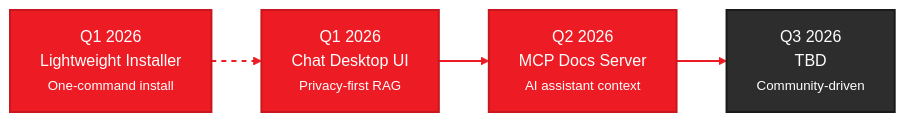
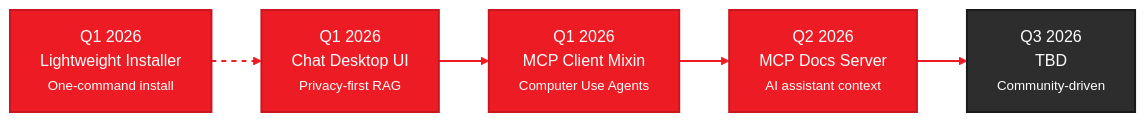
The diagram in docs/roadmap.mdx (amd/gaia), drawn with Mermaid before and after one commit. The commit also changed other lines of this file and 2 other files, not shown here.

Commit message:
MCP Client roadmap

````diff
--- a/docs/roadmap.mdx
+++ b/docs/roadmap.mdx
@@ -28,21 +28,25 @@
 ```mermaid
 %%{init: {'theme':'base', 'themeVariables': { 'primaryColor':'#ED1C24', 'primaryTextColor':'#fff', 'primaryBorderColor':'#C8171E', 'lineColor':'#F4484D', 'secondaryColor':'#2d2d2d', 'tertiaryColor':'#f5f5f5', 'fontSize':'16px', 'fontFamily': 'system-ui, -apple-system, sans-serif'}}}%%
 graph LR
     Q1["Q1 2026<br/>Lightweight Installer<br/><small>One-command install</small>"]
     Q1B["Q1 2026<br/>Chat Desktop UI<br/><small>Privacy-first RAG</small>"]
+    Q1C["Q1 2026<br/>MCP Client Mixin<br/><small>Computer Use Agents</small>"]
     Q2["Q2 2026<br/>MCP Docs Server<br/><small>AI assistant context</small>"]
     Q3["Q3 2026<br/>TBD<br/><small>Community-driven</small>"]
 
     Q1 -.-> Q1B
-    Q1B --> Q2
+    Q1B --> Q1C
+    Q1C --> Q2
     Q2 --> Q3
 
     style Q1 fill:#ED1C24,stroke:#C8171E,stroke-width:2px,color:#fff
     style Q1B fill:#ED1C24,stroke:#C8171E,stroke-width:2px,color:#fff
+    style Q1C fill:#ED1C24,stroke:#C8171E,stroke-width:2px,color:#fff
     style Q2 fill:#ED1C24,stroke:#C8171E,stroke-width:2px,color:#fff
     style Q3 fill:#2d2d2d,stroke:#1a1a1a,stroke-width:2px,color:#fff
 
     linkStyle 0 stroke:#ED1C24,stroke-width:2px,stroke-dasharray: 5 5
     linkStyle 1 stroke:#ED1C24,stroke-width:2px
     linkStyle 2 stroke:#ED1C24,stroke-width:2px
+    linkStyle 3 stroke:#ED1C24,stroke-width:2px
 ```
````
